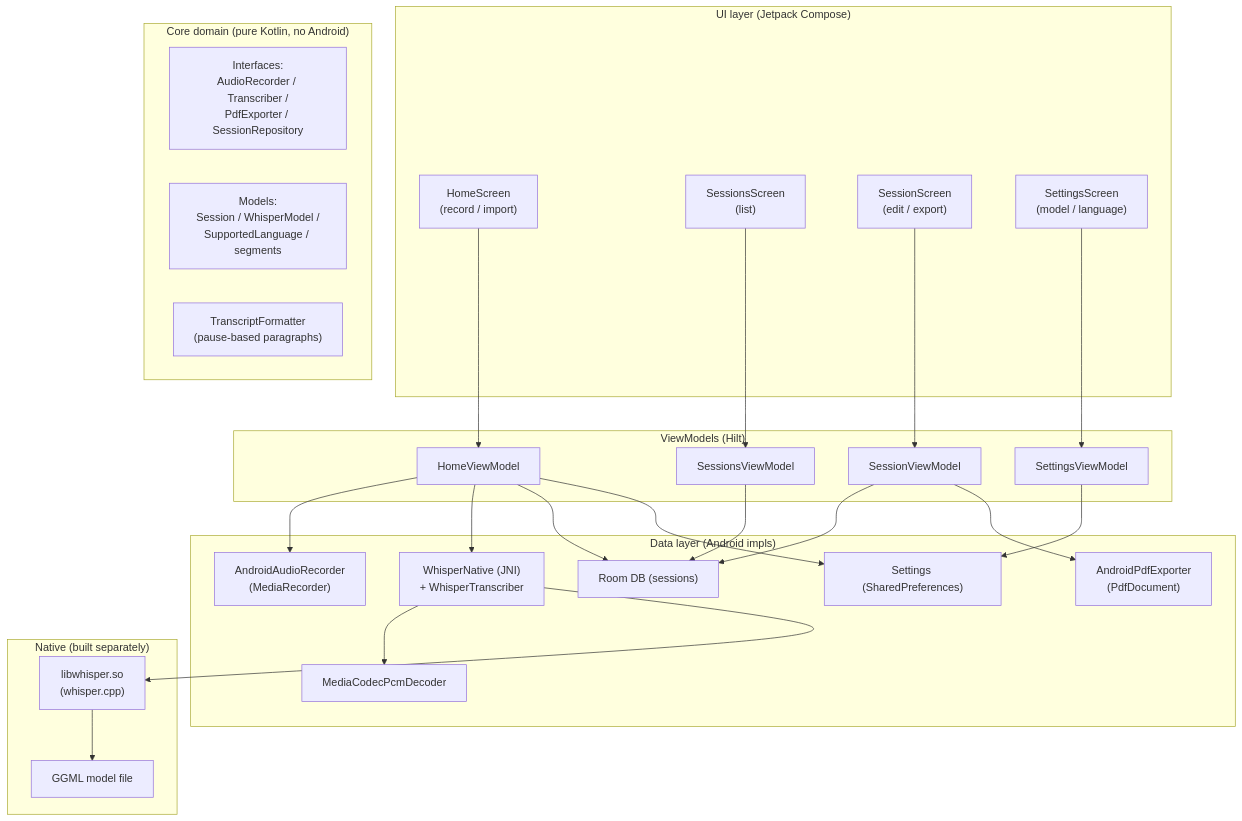
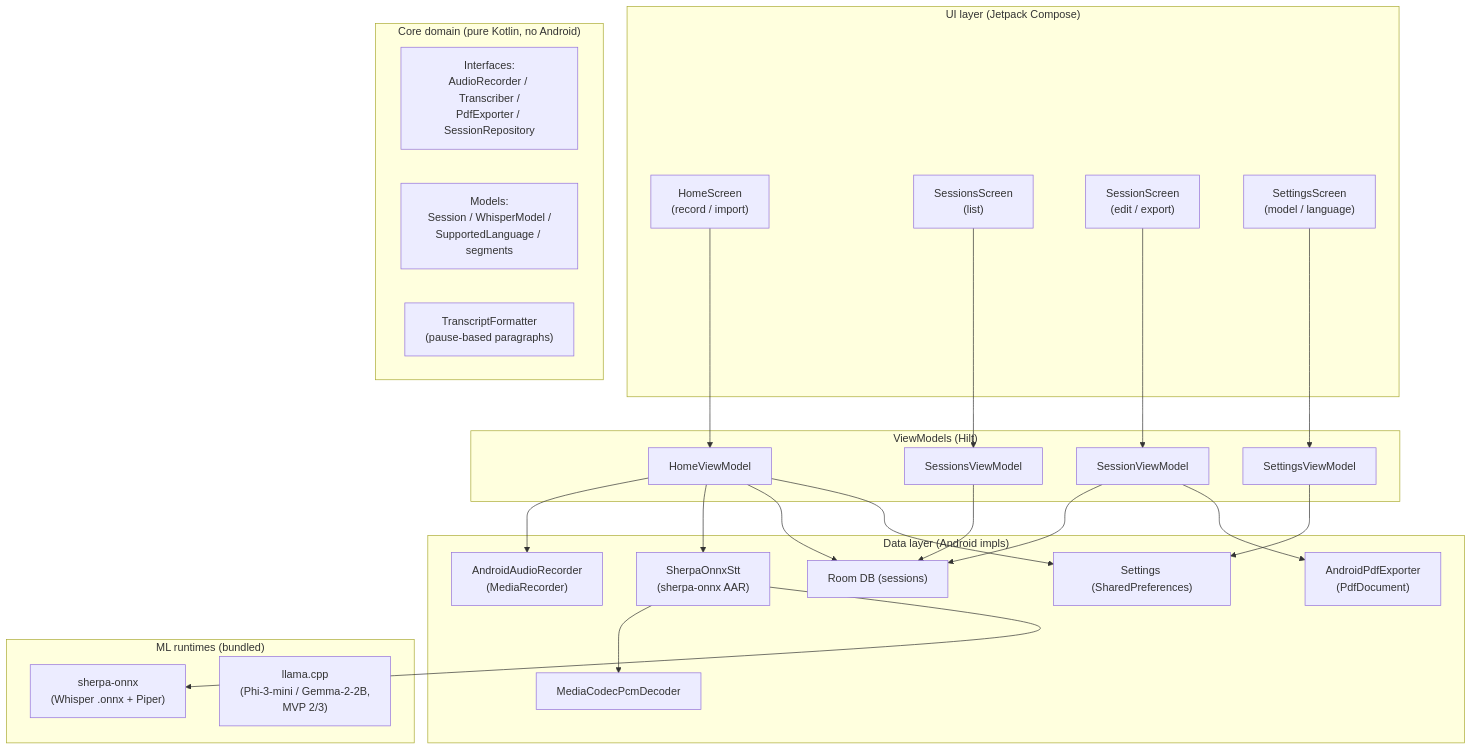
The first of 2 diagrams in docs/ARCHITECTURE.md (Franck-Sorel/voice-to-pdf), drawn with Mermaid before and after one commit. The commit also changed other lines of this file, not shown here.

First line of the commit message:
docs(architecture): sherpa-onnx speech runtime + MVP 3 voice agent module

````diff
--- a/docs/ARCHITECTURE.md
+++ b/docs/ARCHITECTURE.md
@@ -11,48 +12,47 @@
 ```mermaid
 flowchart TB
     subgraph UI["UI layer (Jetpack Compose)"]
         Home["HomeScreen\n(record / import)"]
         Sessions["SessionsScreen\n(list)"]
         Session["SessionScreen\n(edit / export)"]
         Settings["SettingsScreen\n(model / language)"]
     end
     subgraph VM["ViewModels (Hilt)"]
         HomeVM["HomeViewModel"]
         SessionsVM["SessionsViewModel"]
         SessionVM["SessionViewModel"]
         SettingsVM["SettingsViewModel"]
     end
     subgraph Domain["Core domain (pure Kotlin, no Android)"]
         ifaces["Interfaces:\nAudioRecorder / Transcriber /\nPdfExporter / SessionRepository"]
         models["Models:\nSession / WhisperModel /\nSupportedLanguage / segments"]
         fmt["TranscriptFormatter\n(pause-based paragraphs)"]
     end
     subgraph Data["Data layer (Android impls)"]
         Room["Room DB (sessions)"]
         Prefs["Settings (SharedPreferences)"]
         Recorder["AndroidAudioRecorder\n(MediaRecorder)"]
         PCM["MediaCodecPcmDecoder"]
-        Whisper["WhisperNative (JNI)\n+ WhisperTranscriber"]
+        Speech["SherpaOnnxStt\n(sherpa-onnx AAR)"]
         PDF["AndroidPdfExporter\n(PdfDocument)"]
     end
-    subgraph Native["Native (built separately)"]
-        libwhisper["libwhisper.so\n(whisper.cpp)"]
-        model["GGML model file"]
+    subgraph Native["ML runtimes (bundled)"]
+        onnx["sherpa-onnx\n(Whisper .onnx + Piper)"]
+        llm["llama.cpp\n(Phi-3-mini / Gemma-2-2B,\nMVP 2/3)"]
     end
 
     Home --> HomeVM
     Sessions --> SessionsVM
     Session --> SessionVM
     Settings --> SettingsVM
     HomeVM --> Recorder
-    HomeVM --> Whisper
+    HomeVM --> Speech
     HomeVM --> Room
     HomeVM --> Prefs
     SessionsVM --> Room
     SessionVM --> Room
     SessionVM --> PDF
     SettingsVM --> Prefs
-    Whisper --> PCM
-    Whisper --> libwhisper
-    libwhisper --> model
+    Speech --> PCM
+    Speech --> onnx
 ```
````
